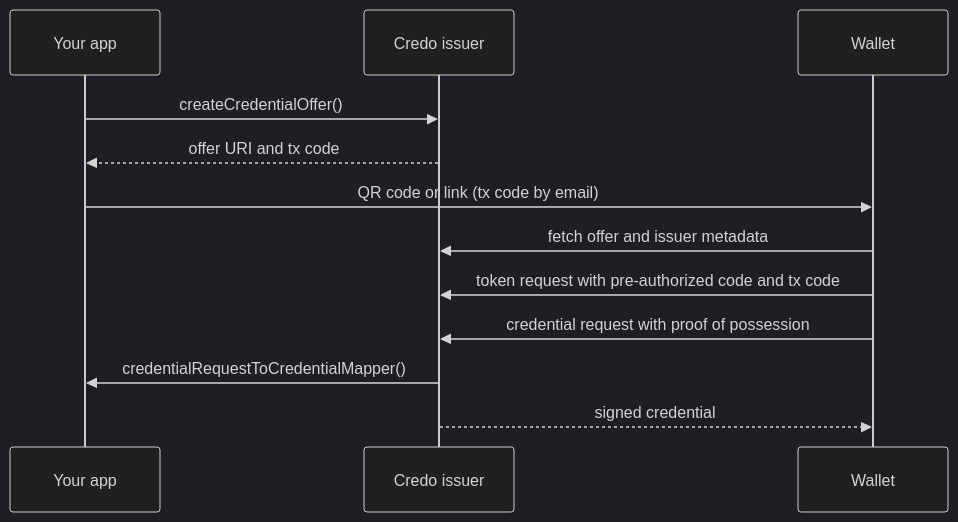
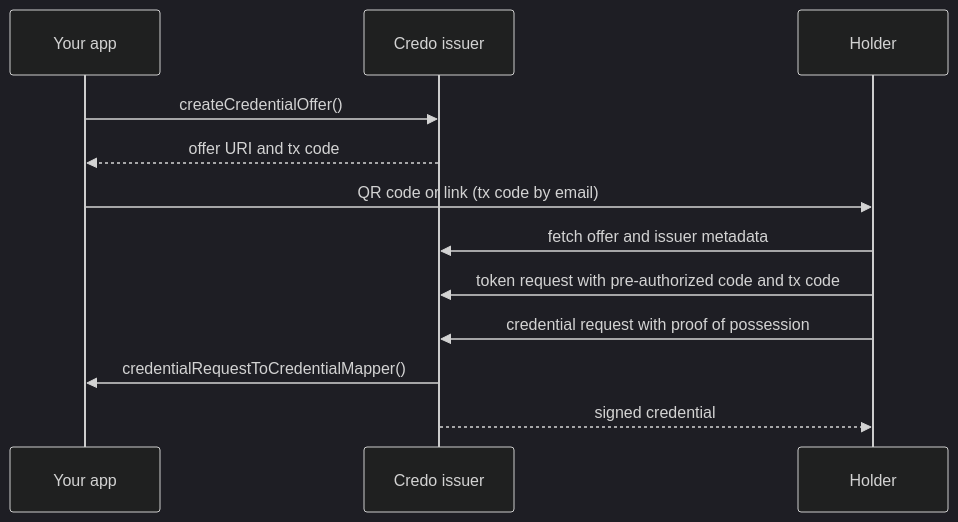
The diagram in guides/protocols/openid4vc/issuer.mdx (openwallet-foundation/credo-ts-docs), drawn with Mermaid (dark theme) before and after one commit. The commit also changed other lines of this file and 155 other files, not shown here.

````diff
--- a/guides/protocols/openid4vc/issuer.mdx
+++ b/guides/protocols/openid4vc/issuer.mdx
@@ -10,14 +10,14 @@
 ```mermaid
 sequenceDiagram
   participant App as Your app
   participant Issuer as Credo issuer
-  participant Wallet
+  participant Holder
   App->>Issuer: createCredentialOffer()
   Issuer-->>App: offer URI and tx code
-  App->>Wallet: QR code or link (tx code by email)
-  Wallet->>Issuer: fetch offer and issuer metadata
-  Wallet->>Issuer: token request with pre-authorized code and tx code
-  Wallet->>Issuer: credential request with proof of possession
+  App->>Holder: QR code or link (tx code by email)
+  Holder->>Issuer: fetch offer and issuer metadata
+  Holder->>Issuer: token request with pre-authorized code and tx code
+  Holder->>Issuer: credential request with proof of possession
   Issuer->>App: credentialRequestToCredentialMapper()
-  Issuer-->>Wallet: signed credential
+  Issuer-->>Holder: signed credential
 ```
````
